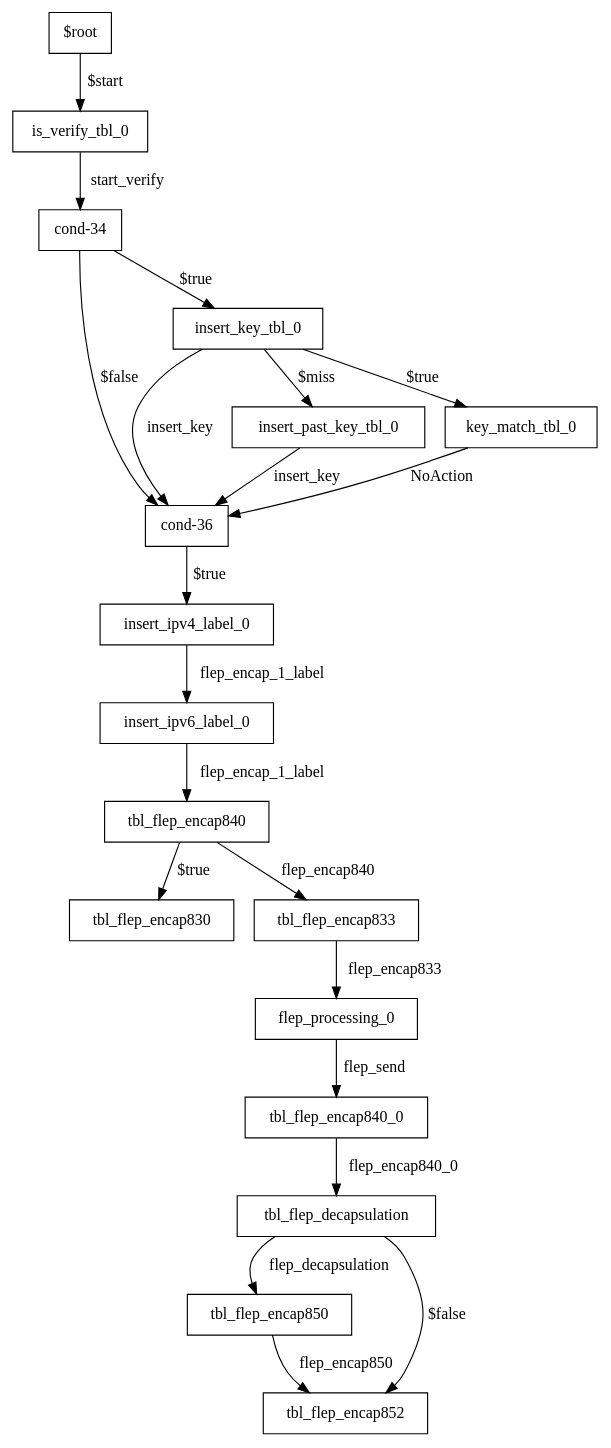
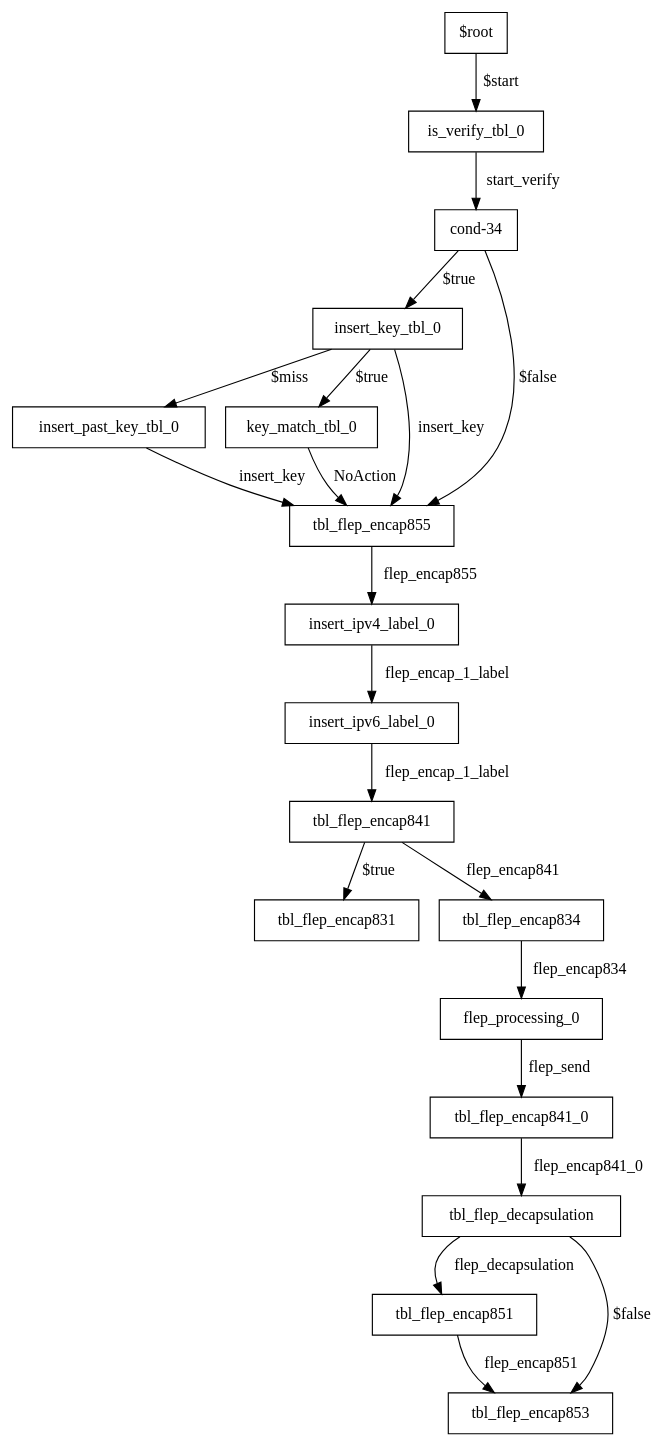
The diagram in flep_encap_with_topo/target/pipe/graphs/egress.power.dot (YingshengGeng/Flep), drawn with Graphviz before and after one commit. The commit also changed 103 other files, not shown here.

```diff
--- a/flep_encap_with_topo/target/pipe/graphs/egress.power.dot
+++ b/flep_encap_with_topo/target/pipe/graphs/egress.power.dot
@@ -1,39 +1,39 @@
 digraph egress {
 0 [label="$root" shape=box color="black"];
 2 [label="cond-34" shape=box color="black"];
-4 [label="cond-36" shape=box color="black"];
 12 [label="flep_processing_0" shape=box color="black"];
 7 [label="insert_ipv4_label_0" shape=box color="black"];
 8 [label="insert_ipv6_label_0" shape=box color="black"];
 3 [label="insert_key_tbl_0" shape=box color="black"];
 6 [label="insert_past_key_tbl_0" shape=box color="black"];
 1 [label="is_verify_tbl_0" shape=box color="black"];
 5 [label="key_match_tbl_0" shape=box color="black"];
 14 [label="tbl_flep_decapsulation" shape=box color="black"];
-11 [label="tbl_flep_encap830" shape=box color="black"];
-10 [label="tbl_flep_encap833" shape=box color="black"];
-9 [label="tbl_flep_encap840" shape=box color="black"];
-13 [label="tbl_flep_encap840_0" shape=box color="black"];
-15 [label="tbl_flep_encap850" shape=box color="black"];
-16 [label="tbl_flep_encap852" shape=box color="black"];
+11 [label="tbl_flep_encap831" shape=box color="black"];
+10 [label="tbl_flep_encap834" shape=box color="black"];
+9 [label="tbl_flep_encap841" shape=box color="black"];
+13 [label="tbl_flep_encap841_0" shape=box color="black"];
+15 [label="tbl_flep_encap851" shape=box color="black"];
+16 [label="tbl_flep_encap853" shape=box color="black"];
+4 [label="tbl_flep_encap855" shape=box color="black"];
 0-> 1 [label="$start" color="black"];
 2-> 3 [label="$true" color="black"];
 2-> 4 [label="$false" color="black"];
-4-> 7 [label="$true" color="black"];
 12-> 13 [label="flep_send" color="black"];
 7-> 8 [label="flep_encap_1_label" color="black"];
 8-> 9 [label="flep_encap_1_label" color="black"];
 3-> 4 [label="insert_key" color="black"];
 3-> 5 [label="$true" color="black"];
 3-> 6 [label="$miss" color="black"];
 6-> 4 [label="insert_key" color="black"];
 1-> 2 [label="start_verify" color="black"];
 5-> 4 [label="NoAction" color="black"];
 14-> 15 [label="flep_decapsulation" color="black"];
 14-> 16 [label="$false" color="black"];
-10-> 12 [label="flep_encap833" color="black"];
-9-> 10 [label="flep_encap840" color="black"];
+10-> 12 [label="flep_encap834" color="black"];
+9-> 10 [label="flep_encap841" color="black"];
 9-> 11 [label="$true" color="black"];
-13-> 14 [label="flep_encap840_0" color="black"];
-15-> 16 [label="flep_encap850" color="black"];
+13-> 14 [label="flep_encap841_0" color="black"];
+15-> 16 [label="flep_encap851" color="black"];
+4-> 7 [label="flep_encap855" color="black"];
 }
```
